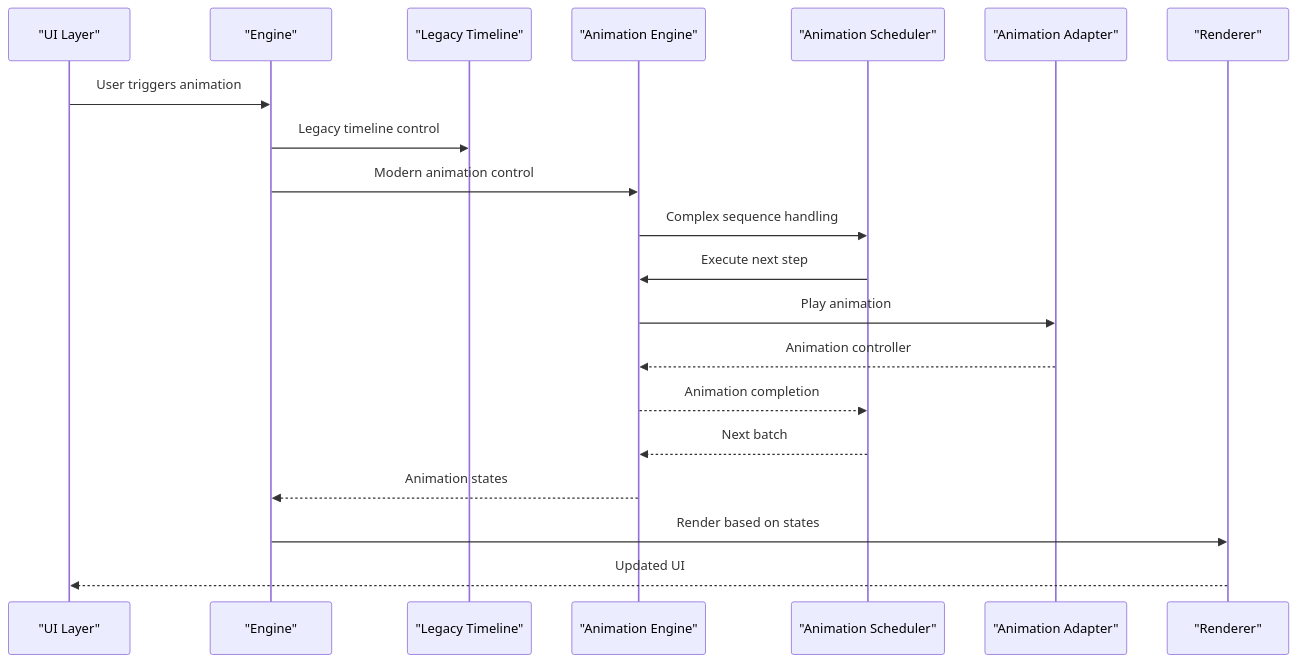
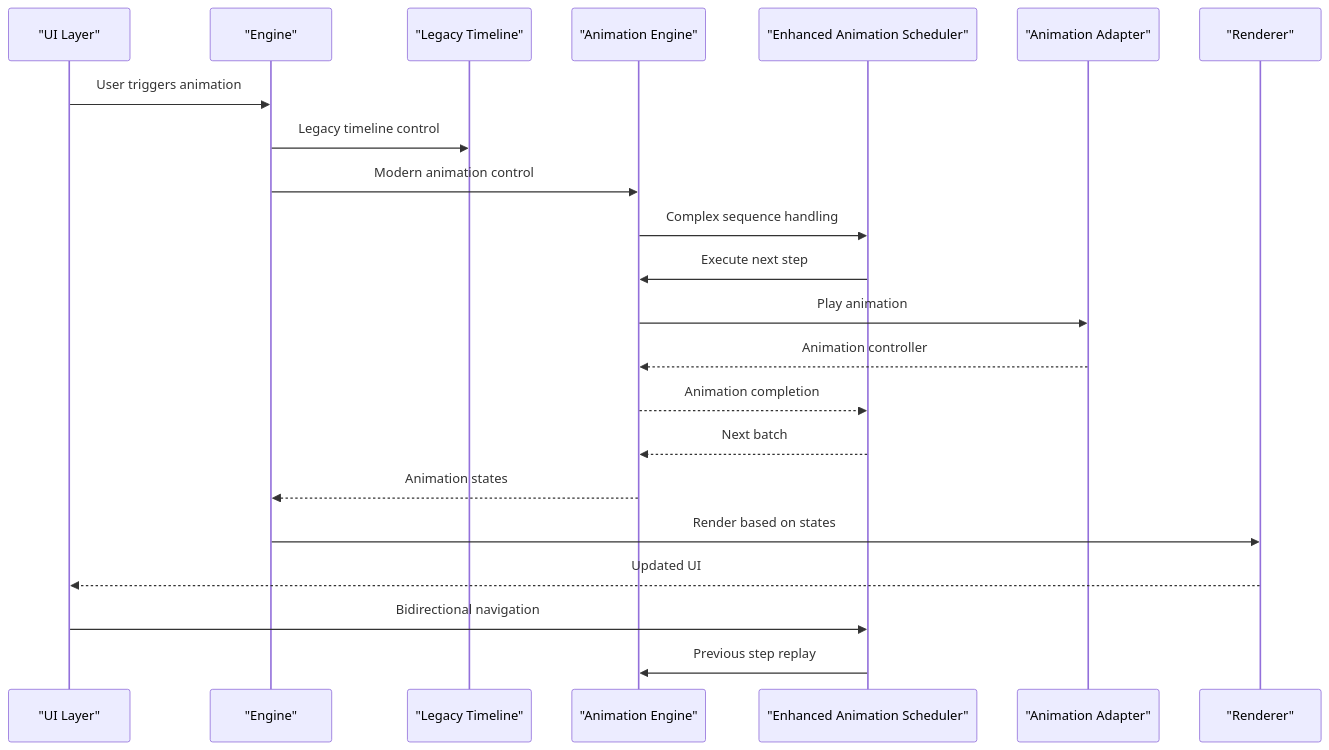
Before and after one commit to Anna0314zy/ai_editor_enginer: the second of 23 diagrams in .qoder/repowiki/en/content/Animation System/Timeline Engine.md, drawn with Mermaid. The commit also changed other lines of this file and 12 other files, not shown here.

````diff
--- a/.qoder/repowiki/en/content/Animation System/Timeline Engine.md
+++ b/.qoder/repowiki/en/content/Animation System/Timeline Engine.md
@@ -144,22 +157,24 @@
 ```mermaid
 sequenceDiagram
 participant UI as "UI Layer"
 participant Engine as "Engine"
 participant Timeline as "Legacy Timeline"
 participant AnimEngine as "Animation Engine"
-participant Scheduler as "Animation Scheduler"
+participant Scheduler as "Enhanced Animation Scheduler"
 participant Adapter as "Animation Adapter"
 participant Renderer as "Renderer"
 UI->>Engine : User triggers animation
 Engine->>Timeline : Legacy timeline control
 Engine->>AnimEngine : Modern animation control
 AnimEngine->>Scheduler : Complex sequence handling
 Scheduler->>AnimEngine : Execute next step
 AnimEngine->>Adapter : Play animation
 Adapter-->>AnimEngine : Animation controller
 AnimEngine-->>Scheduler : Animation completion
 Scheduler-->>AnimEngine : Next batch
 AnimEngine-->>Engine : Animation states
 Engine->>Renderer : Render based on states
 Renderer-->>UI : Updated UI
+UI->>Scheduler : Bidirectional navigation
+Scheduler->>AnimEngine : Previous step replay
 ```
````
